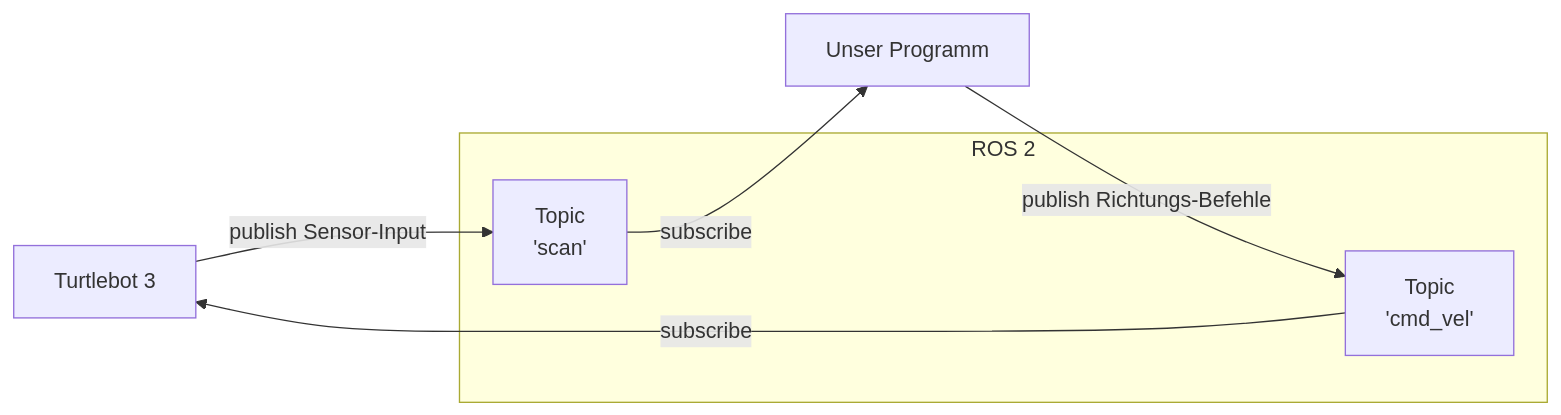
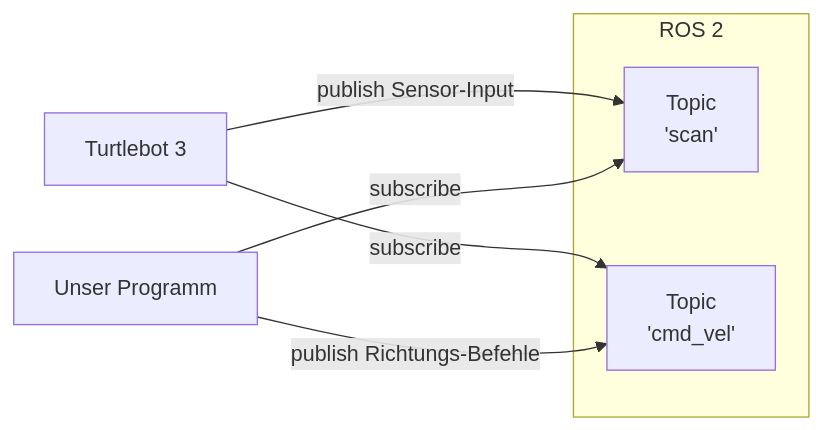
The diagram in docs/ros/einleitung.md (felar/robug), drawn with Mermaid before and after one commit.

Commit message:
Changed mermaid experiment to slightly better format

````diff
--- a/docs/ros/einleitung.md
+++ b/docs/ros/einleitung.md
@@ -14,16 +14,16 @@
 ```mermaid
 graph LR
 A[Turtlebot 3]
 
 subgraph ROS 2
 B[Topic<br/>'scan']
 C[Topic<br/>'cmd_vel']
 end
 
 D[Unser Programm]
 
 A -->|publish Sensor-Input| B
-C -->|subscribe|A
-B -->|subscribe|D
+A -->|subscribe|C
+D -->|subscribe|B
 D -->|publish Richtungs-Befehle|C
 ```
````
